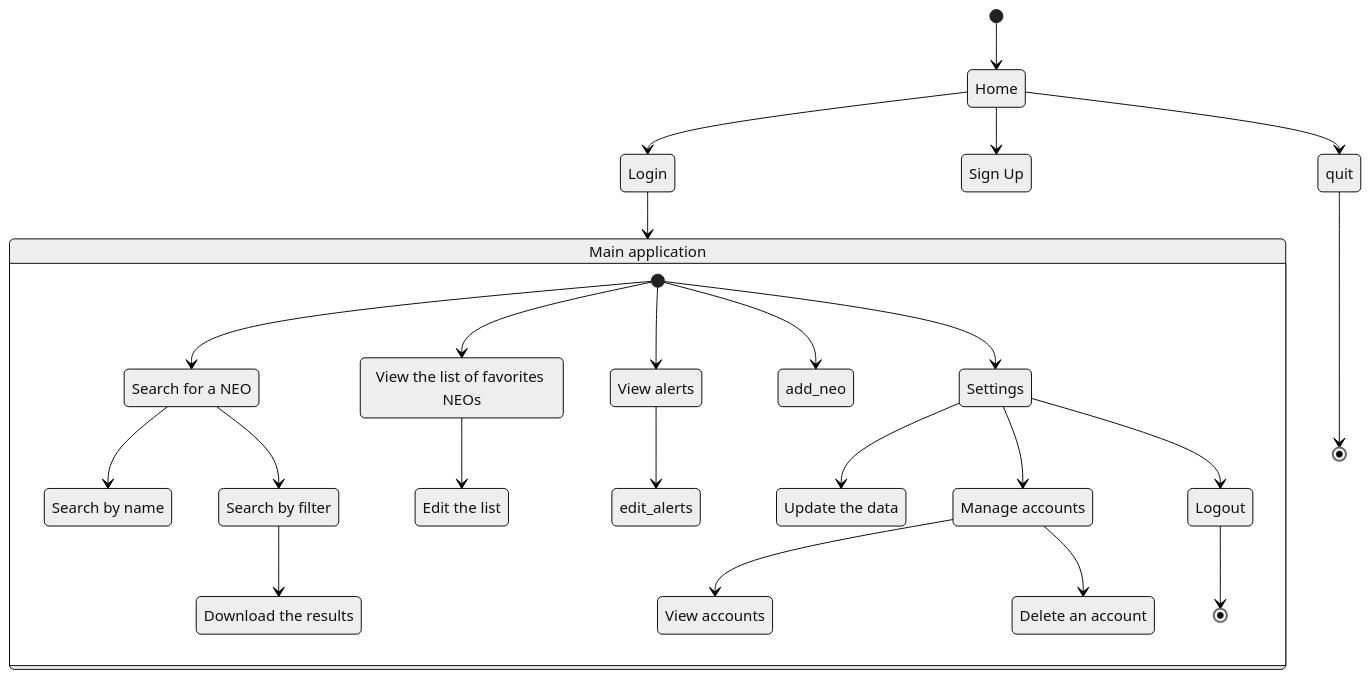
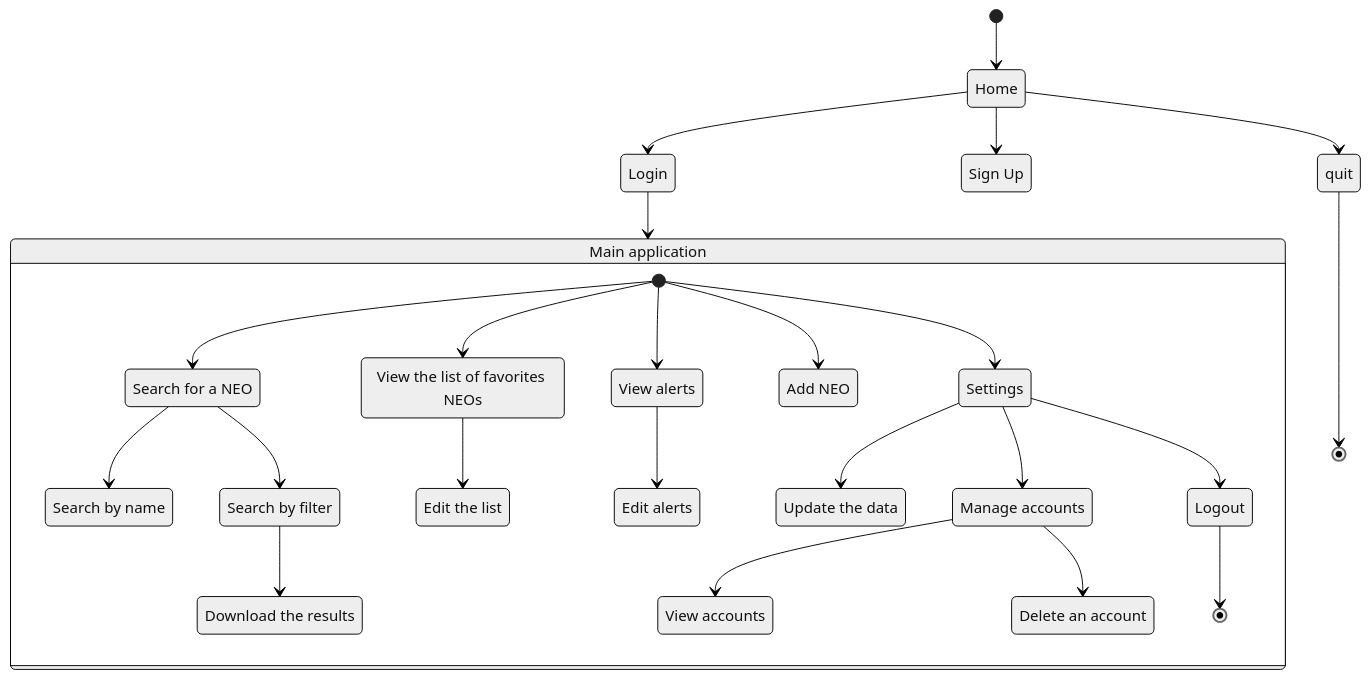
One commit to Yazaaaaaa/ensai-it-project-2a-team2 changed the diagram in doc/activity_diagram.md. Above: the diagram before and after it, drawn with Mermaid (neutral theme).

Commit message:
Modification diagramme des cas d'utilisation - ajout de descriptifs

````diff
--- a/doc/activity_diagram.md
+++ b/doc/activity_diagram.md
@@ -1,45 +1,47 @@
 ```mermaid
 stateDiagram
     login : Login
     main_app : Main application
     signup : Sign Up
     search_neo : Search for a NEO
     favs_list : View the list of favorites NEOs
     settings : Settings
     search_name : Search by name
     search_filter : Search by filter
     download : Download the results
     edit_list : Edit the list
     update_data : Update the data
     manage_accounts : Manage accounts
     alerts : View alerts
+    edit_alerts : Edit alerts
+    add_neo : Add NEO
     view_accounts : View accounts
     delete_accounts : Delete an account
     logout : Logout
 
     [*] --> Home
     Home --> login
     login --> main_app
     Home --> signup
     Home --> quit
     quit --> [*]
 
     state main_app {
         [*] --> search_neo
         search_neo --> search_name
         search_neo --> search_filter
         search_filter --> download
         [*] --> favs_list
         favs_list --> edit_list
         [*] --> alerts
         alerts --> edit_alerts
         [*] --> add_neo
         [*] --> settings
         settings --> update_data
         settings --> manage_accounts
         manage_accounts --> view_accounts
         manage_accounts --> delete_accounts
         settings --> logout
         logout --> [*]
     }
 ```
````
